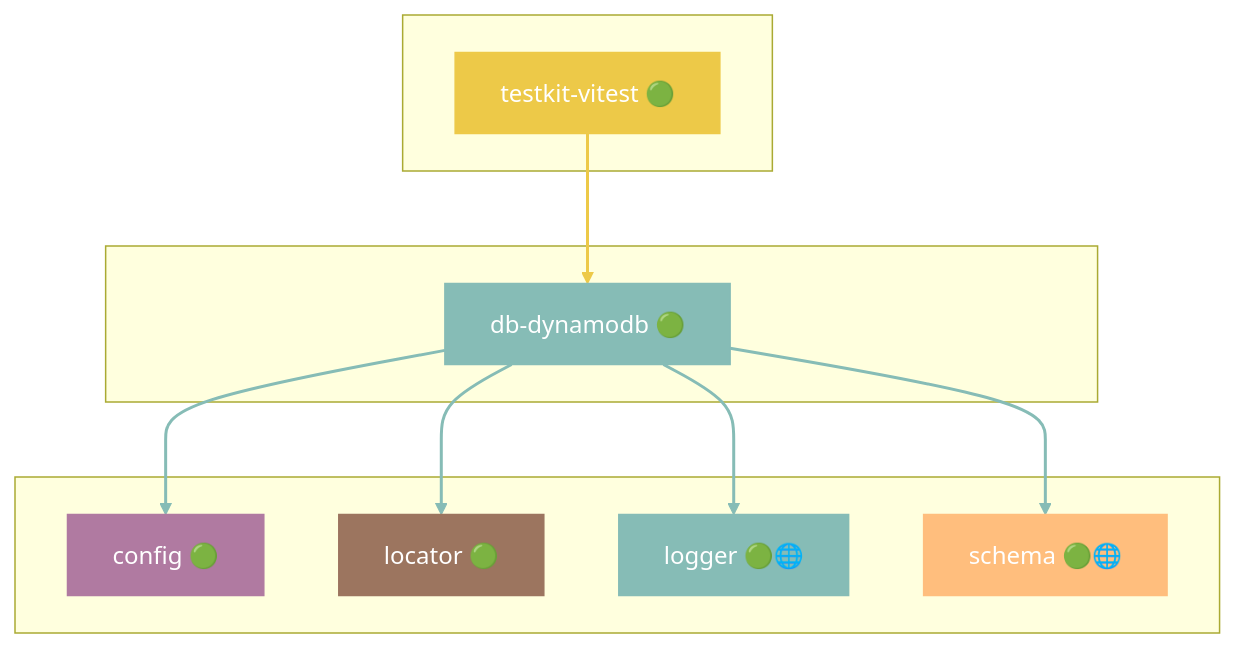
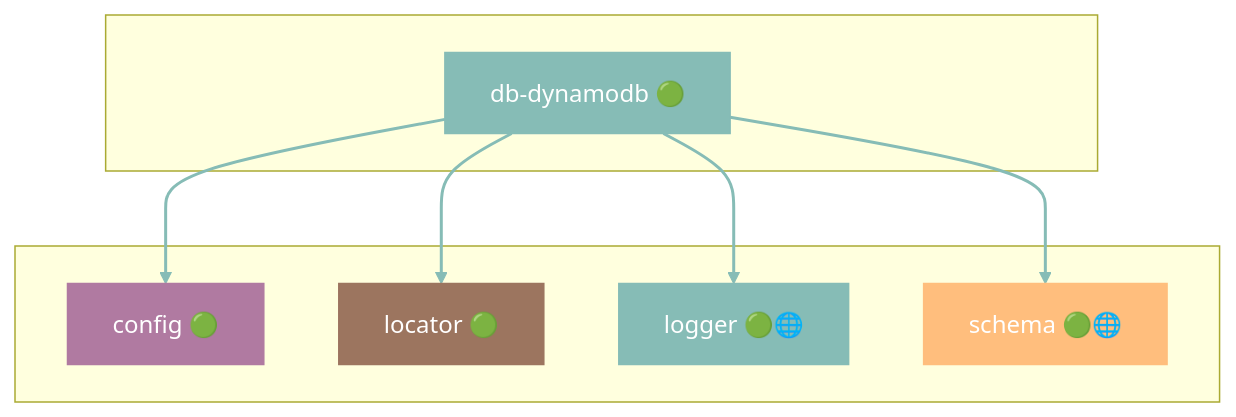
Diagram 12 of 46 in docs/DEPENDENCIES.md (grest-ts/grest-ts), drawn with Mermaid before and after one commit. The commit also changed other lines of this file and 2 other files, not shown here.

````diff
--- a/docs/DEPENDENCIES.md
+++ b/docs/DEPENDENCIES.md
@@ -801,31 +781,25 @@
 ```mermaid
 flowchart TB
-    subgraph Dependents[" "]
-        testkit-vitest["testkit-vitest 🟢"]
-    end
     subgraph Package[" "]
         db-dynamodb["db-dynamodb 🟢"]
     end
     subgraph Dependencies[" "]
         config["config 🟢"]
         locator["locator 🟢"]
         logger["logger 🟢🌐"]
         schema["schema 🟢🌐"]
     end
-    testkit-vitest --> db-dynamodb
     db-dynamodb --> config
     db-dynamodb --> locator
     db-dynamodb --> logger
     db-dynamodb --> schema
     style db-dynamodb fill:#86BCB6,stroke:#86BCB6,color:#fff
-    style testkit-vitest fill:#EDC948,stroke:#EDC948,color:#fff
     style config fill:#B07AA1,stroke:#B07AA1,color:#fff
     style locator fill:#9C755F,stroke:#9C755F,color:#fff
     style logger fill:#86BCB6,stroke:#86BCB6,color:#fff
     style schema fill:#FFBE7D,stroke:#FFBE7D,color:#fff
-    linkStyle 0 stroke:#EDC948,stroke-width:2px
+    linkStyle 0 stroke:#86BCB6,stroke-width:2px
     linkStyle 1 stroke:#86BCB6,stroke-width:2px
     linkStyle 2 stroke:#86BCB6,stroke-width:2px
     linkStyle 3 stroke:#86BCB6,stroke-width:2px
-    linkStyle 4 stroke:#86BCB6,stroke-width:2px
 ```
````
